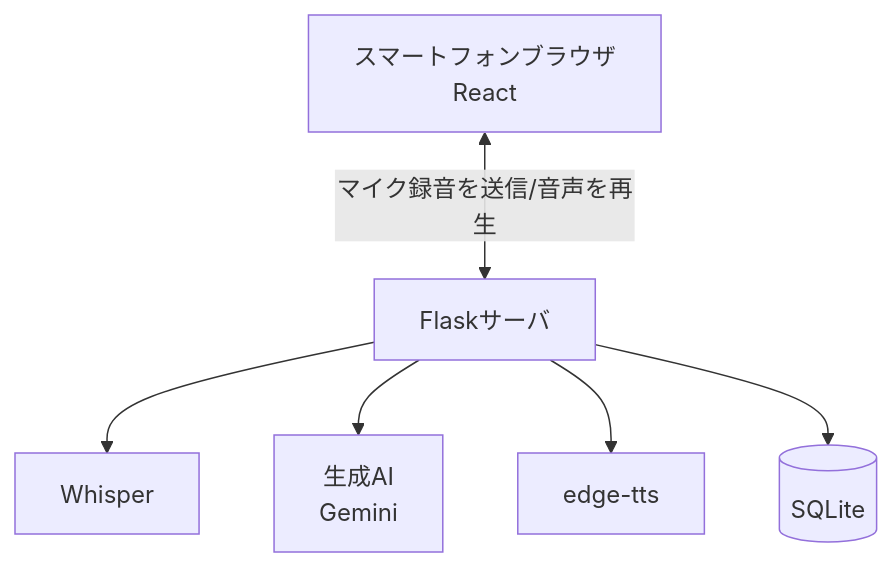
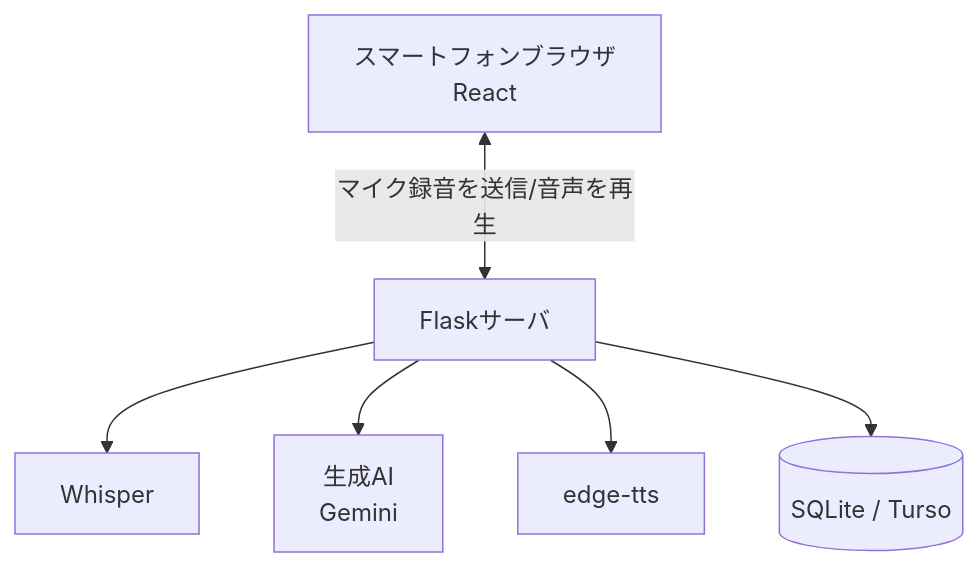
One commit to KaichoHarry/talk-seed changed the second of 4 diagrams in docs/全体設計.md. Above: the diagram before and after it, drawn with Mermaid. The commit also changed other lines of this file and 4 other files, not shown here.

````diff
--- a/docs/全体設計.md
+++ b/docs/全体設計.md
@@ -85,21 +87,21 @@
 ```mermaid
 flowchart TB
 
     CLIENT[スマートフォンブラウザ<br>React]
 
     SERVER[Flaskサーバ]
 
     STT[Whisper]
     GPT[生成AI<br>Gemini]
     TTS[edge-tts]
 
-    DB[(SQLite)]
+    DB[(SQLite / Turso)]
 
     CLIENT <--マイク録音を送信/音声を再生--> SERVER
 
     SERVER --> STT
     SERVER --> GPT
     SERVER --> TTS
 
     SERVER --> DB
 ```
````
